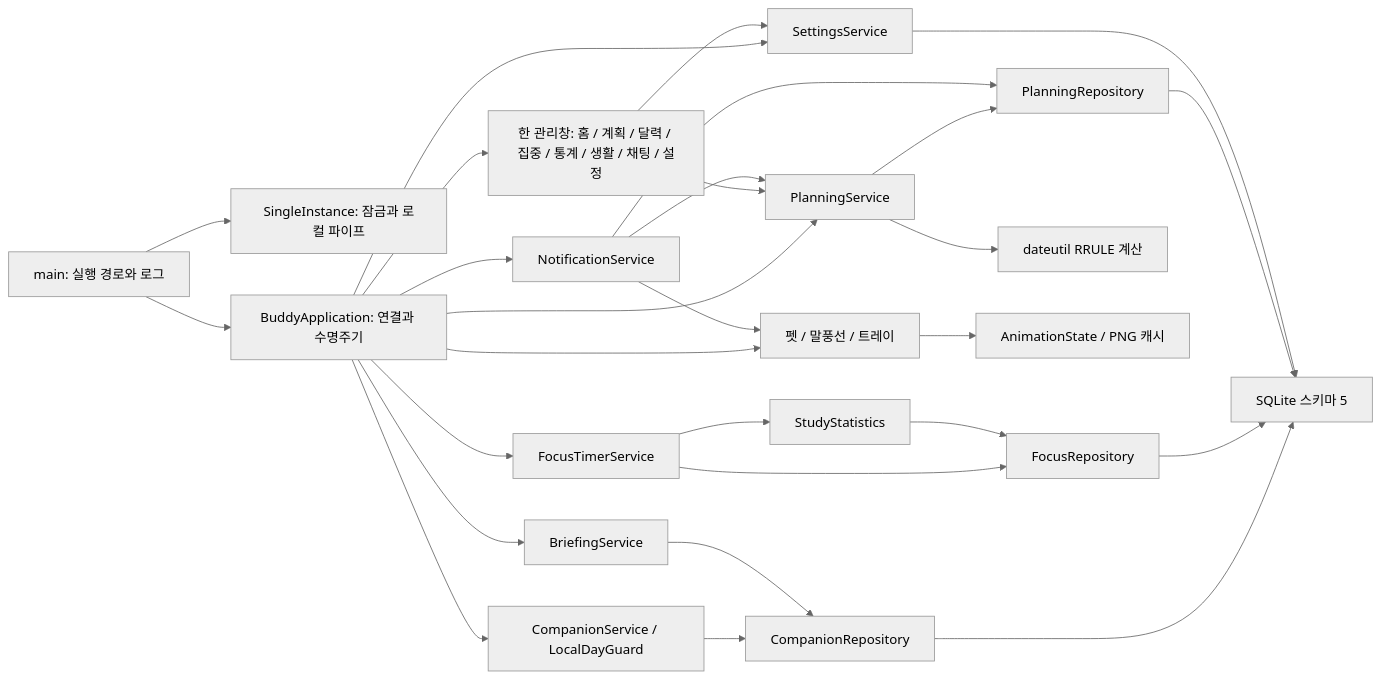
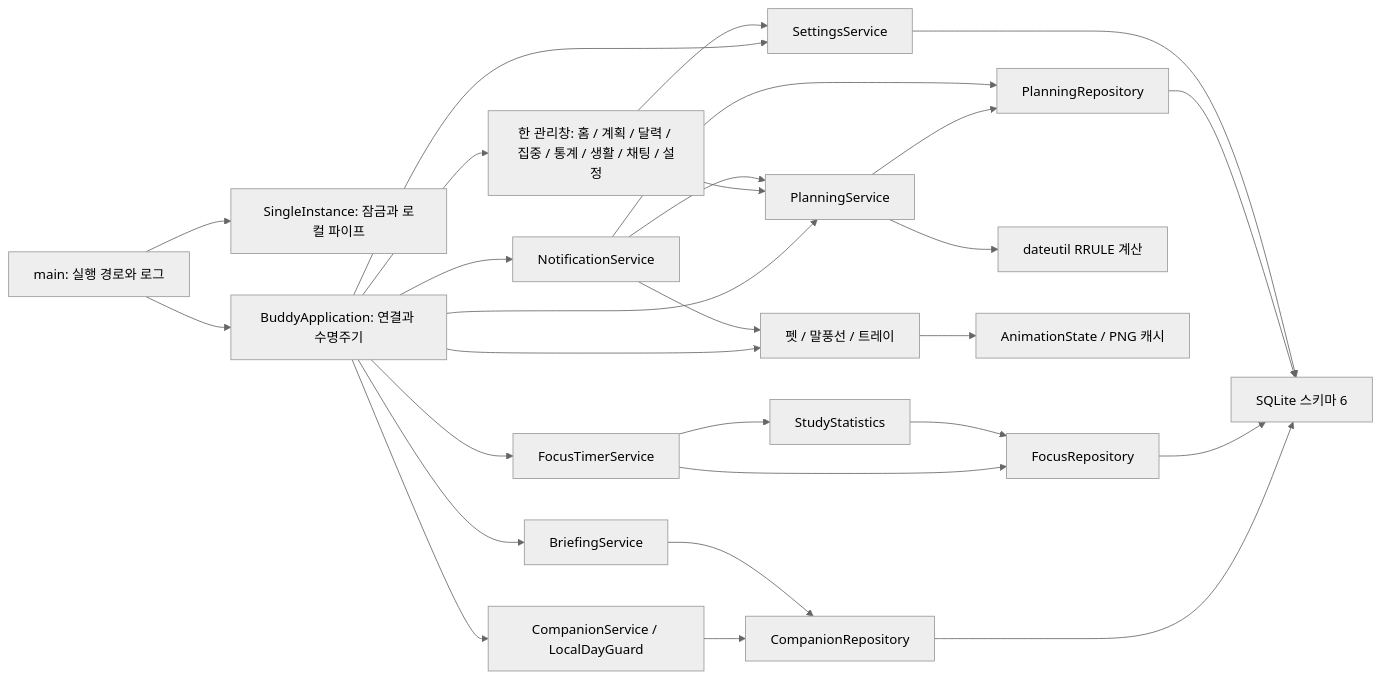
Before and after one commit to ksmin4347/Chiikawa_buddy: the diagram in ARCHITECTURE.md, drawn with Mermaid (neutral theme). The commit also changed other lines of this file and 34 other files, not shown here.

````diff
--- a/ARCHITECTURE.md
+++ b/ARCHITECTURE.md
@@ -5,30 +5,30 @@
 ```mermaid
 flowchart LR
     Main[main: 실행 경로와 로그] --> Guard[SingleInstance: 잠금과 로컬 파이프]
     Main --> App[BuddyApplication: 연결과 수명주기]
     App --> Settings[SettingsService]
     App --> Planning[PlanningService]
     App --> Notifications[NotificationService]
     App --> Focus[FocusTimerService]
     App --> Companion[CompanionService / LocalDayGuard]
     Companion --> Routines[CompanionRepository]
     App --> Briefing[BriefingService]
     Briefing --> Routines
     Routines --> DB
     Focus --> Stats[StudyStatistics]
     Focus --> FocusRepo[FocusRepository]
     Stats --> FocusRepo
     FocusRepo --> DB
     App --> Views[한 관리창: 홈 / 계획 / 달력 / 집중 / 통계 / 생활 / 채팅 / 설정]
     App --> Pet[펫 / 말풍선 / 트레이]
     Views --> Settings
     Views --> Planning
     Planning --> Repo[PlanningRepository]
-    Repo --> DB[SQLite 스키마 5]
+    Repo --> DB[SQLite 스키마 6]
     Settings --> DB
     Notifications --> Planning
     Notifications --> Repo
     Notifications --> Pet
     Planning --> Repeat[dateutil RRULE 계산]
     Pet --> Animation[AnimationState / PNG 캐시]
 ```
````
